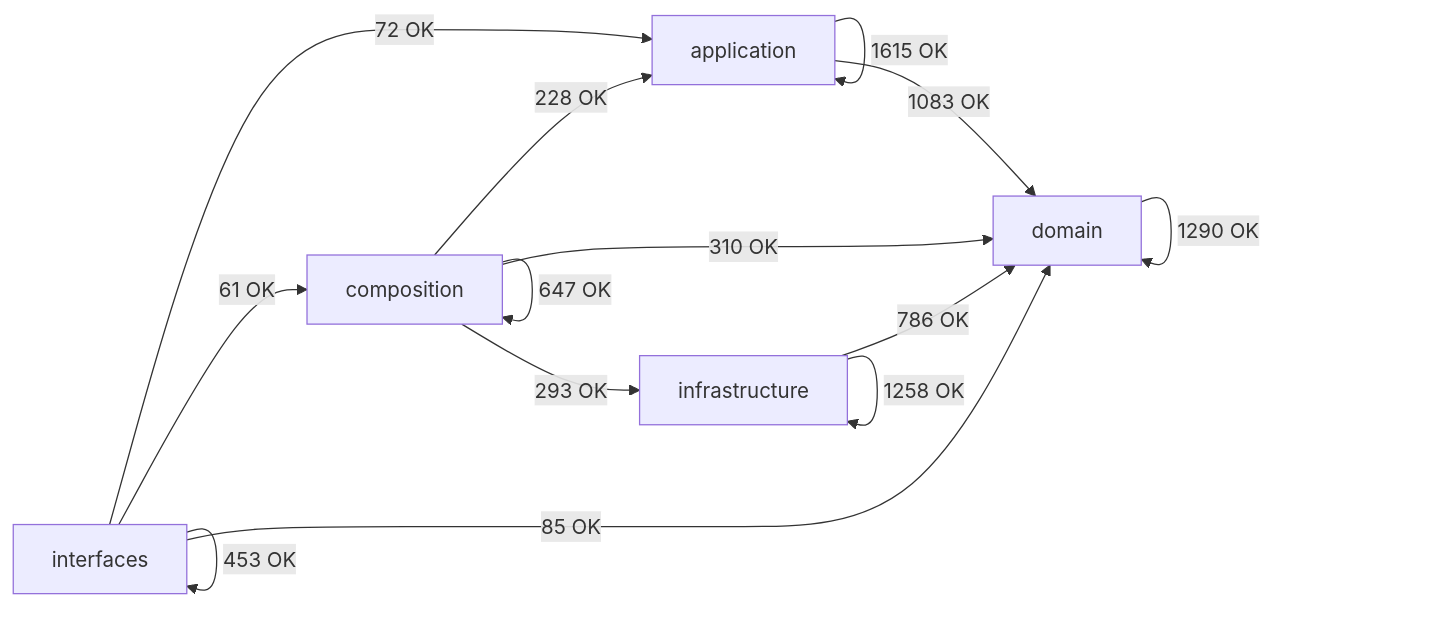
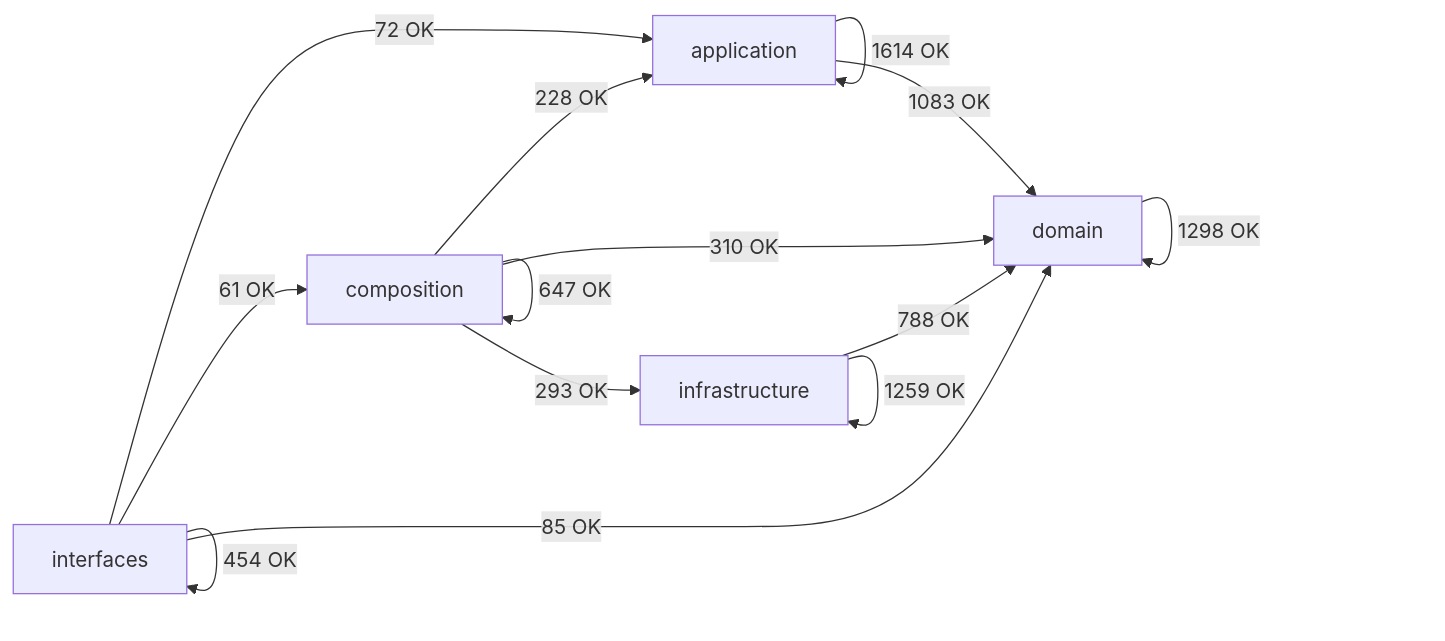
Before and after one commit to SatoryKono/BioactivityDataAcquisition: the diagram in docs/02-architecture/generated/module-dependency-map.md, drawn with Mermaid. The commit also changed other lines of this file and 49 other files, not shown here.

````diff
--- a/docs/02-architecture/generated/module-dependency-map.md
+++ b/docs/02-architecture/generated/module-dependency-map.md
@@ -17,21 +17,21 @@
 ```mermaid
 flowchart LR
     domain[domain]
     application[application]
     infrastructure[infrastructure]
     composition[composition]
     interfaces[interfaces]
-    application -->|1615 OK| application
+    application -->|1614 OK| application
     application -->|1083 OK| domain
     composition -->|228 OK| application
     composition -->|647 OK| composition
     composition -->|310 OK| domain
     composition -->|293 OK| infrastructure
-    domain -->|1290 OK| domain
-    infrastructure -->|786 OK| domain
-    infrastructure -->|1258 OK| infrastructure
+    domain -->|1298 OK| domain
+    infrastructure -->|788 OK| domain
+    infrastructure -->|1259 OK| infrastructure
     interfaces -->|72 OK| application
     interfaces -->|61 OK| composition
     interfaces -->|85 OK| domain
-    interfaces -->|453 OK| interfaces
+    interfaces -->|454 OK| interfaces
 ```
````
